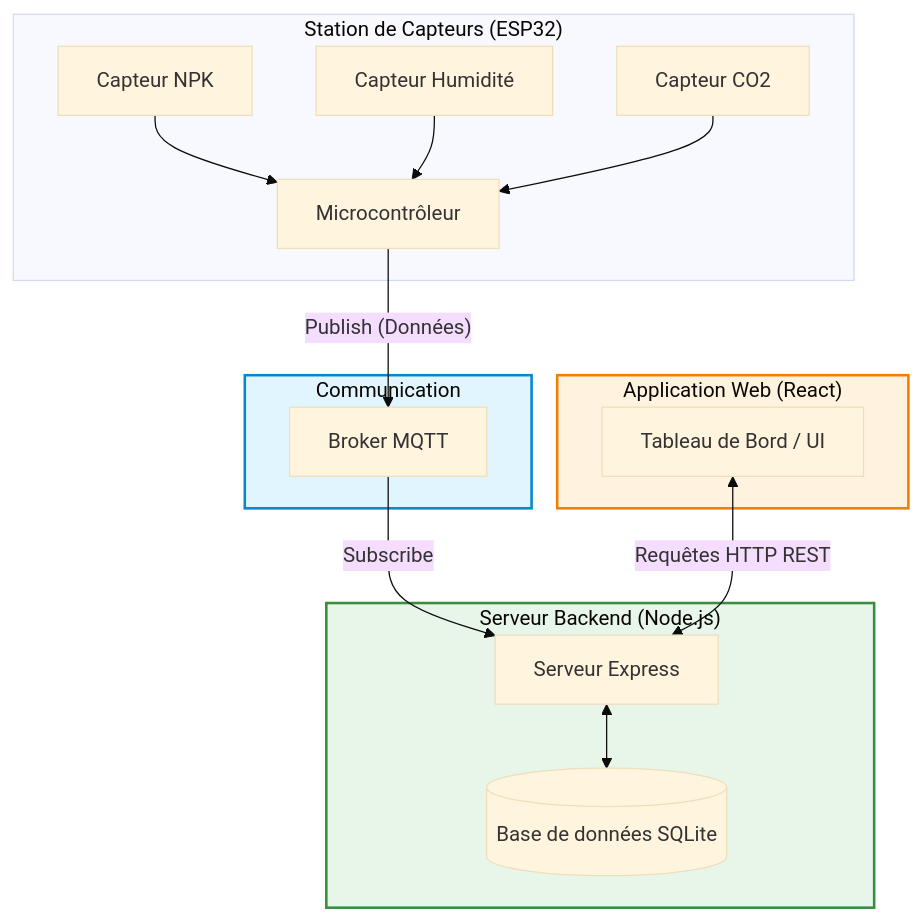
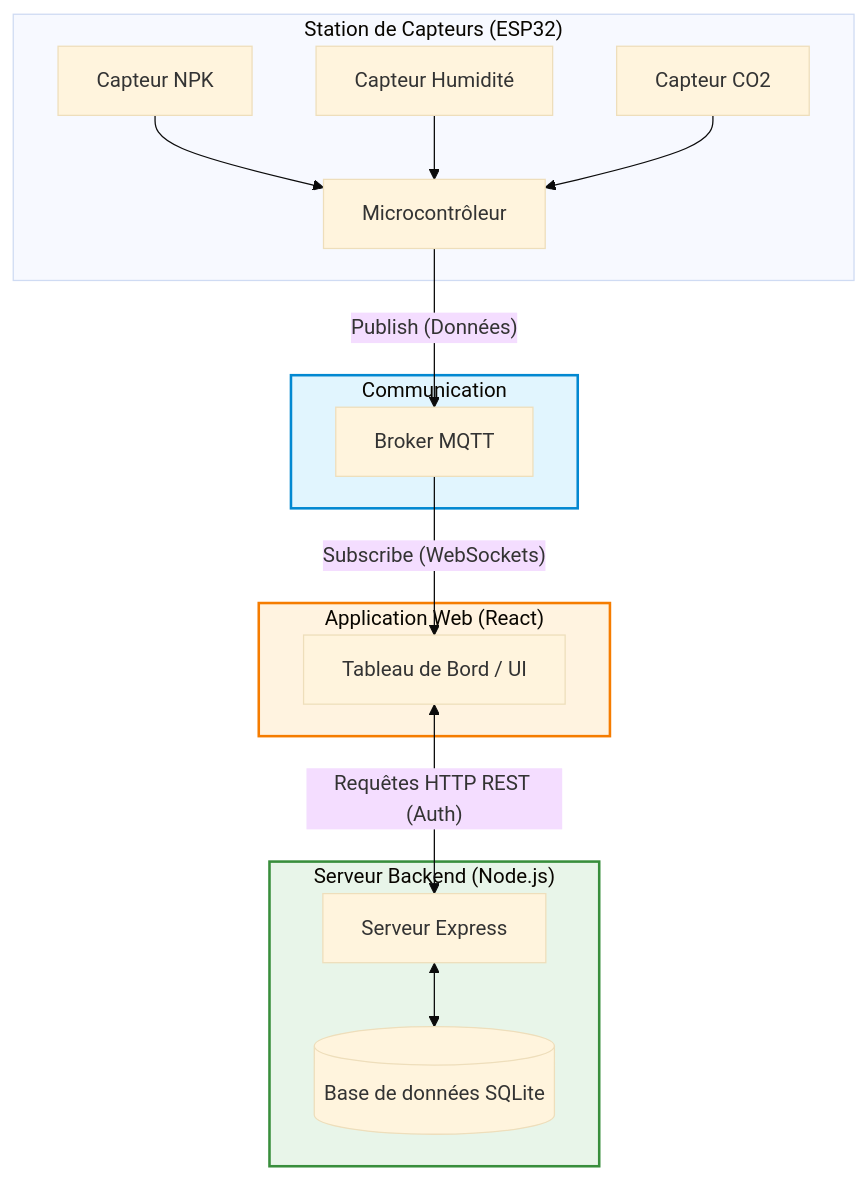
The diagram in README.md (wassmigh/AgriShare), drawn with Mermaid (base theme) before and after one commit.

Commit message:
Update README file

````diff
--- a/README.md
+++ b/README.md
@@ -62,32 +62,32 @@
 ```mermaid
 graph TD
     subgraph IoT & Hardware ["Station de Capteurs (ESP32)"]
         S1[Capteur NPK] --> MCU[Microcontrôleur]
         S2[Capteur Humidité] --> MCU
         S3[Capteur CO2] --> MCU
     end
 
     subgraph Communication
         MCU -- "Publish (Données)" --> MQTT[Broker MQTT]
     end
 
     subgraph Backend ["Serveur Backend (Node.js)"]
-        MQTT -- "Subscribe" --> API[Serveur Express]
-        API <--> DB[(Base de données SQLite)]
+        API[Serveur Express] <--> DB[(Base de données SQLite)]
     end
 
     subgraph Frontend ["Application Web (React)"]
-        UI[Tableau de Bord / UI] <--> |"Requêtes HTTP REST"| API
+        UI[Tableau de Bord / UI] <--> |"Requêtes HTTP REST (Auth)"| API
+        MQTT -- "Subscribe (WebSockets)" --> UI
     end
 
     %% Styles
     classDef iot fill:#f9f9f9,stroke:#333,stroke-width:2px;
     classDef com fill:#e1f5fe,stroke:#0288d1,stroke-width:2px;
     classDef back fill:#e8f5e9,stroke:#388e3c,stroke-width:2px;
     classDef front fill:#fff3e0,stroke:#f57c00,stroke-width:2px;
     
     class IoT,Hardware iot;
     class Communication com;
     class Backend back;
     class Frontend front;
 ```
````
